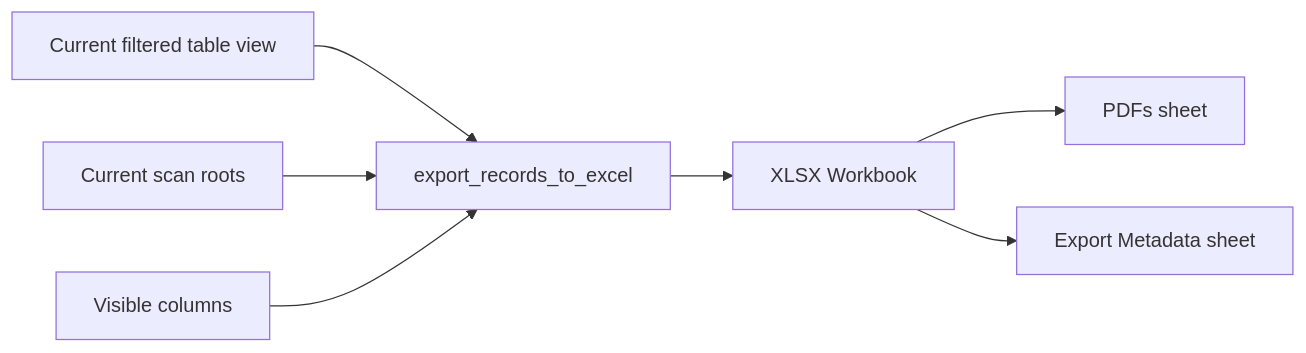
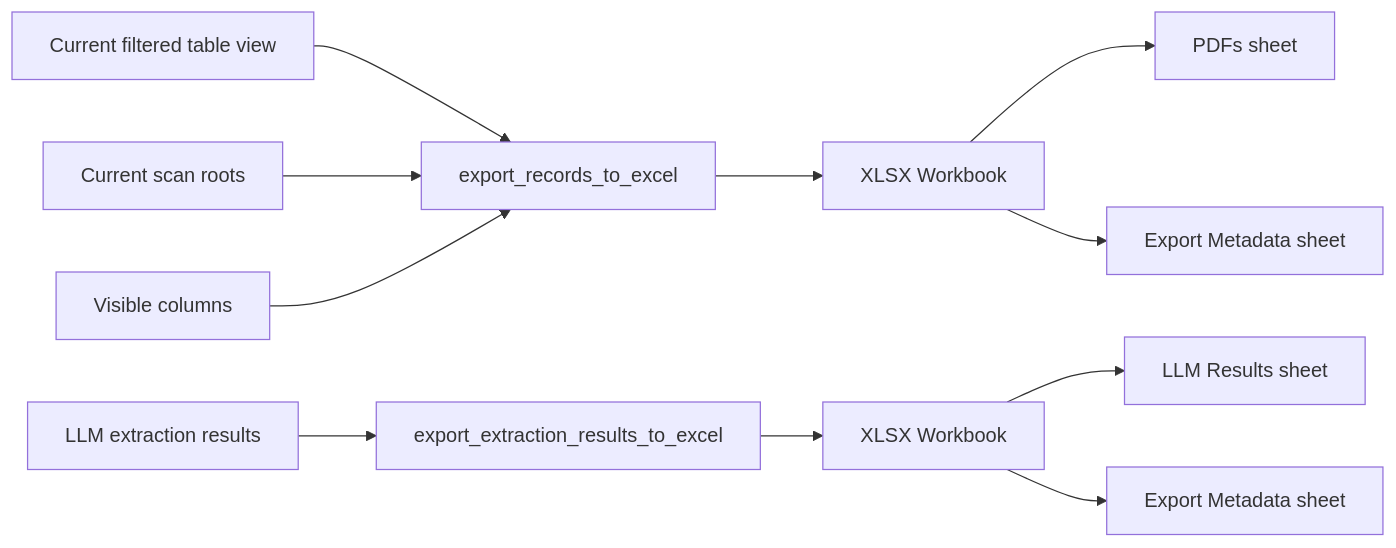
The fourth of 4 diagrams in README.md (thomassuedbroecker/pdf_extraction_macos_public_version), drawn with Mermaid before and after one commit. The commit also changed other lines of this file and 2 other files, not shown here.

````diff
--- a/README.md
+++ b/README.md
@@ -171,9 +179,14 @@
 ```mermaid
 flowchart LR
     VisibleRows[Current filtered table view] --> Exporter[export_records_to_excel]
     ScanRoots[Current scan roots] --> Exporter
     Columns[Visible columns] --> Exporter
     Exporter --> Workbook[XLSX Workbook]
     Workbook --> PdfSheet[PDFs sheet]
     Workbook --> MetadataSheet[Export Metadata sheet]
+
+    LlmResults[LLM extraction results] --> LlmExporter[export_extraction_results_to_excel]
+    LlmExporter --> LlmWorkbook[XLSX Workbook]
+    LlmWorkbook --> LlmSheet[LLM Results sheet]
+    LlmWorkbook --> LlmMetadata[Export Metadata sheet]
 ```
````
